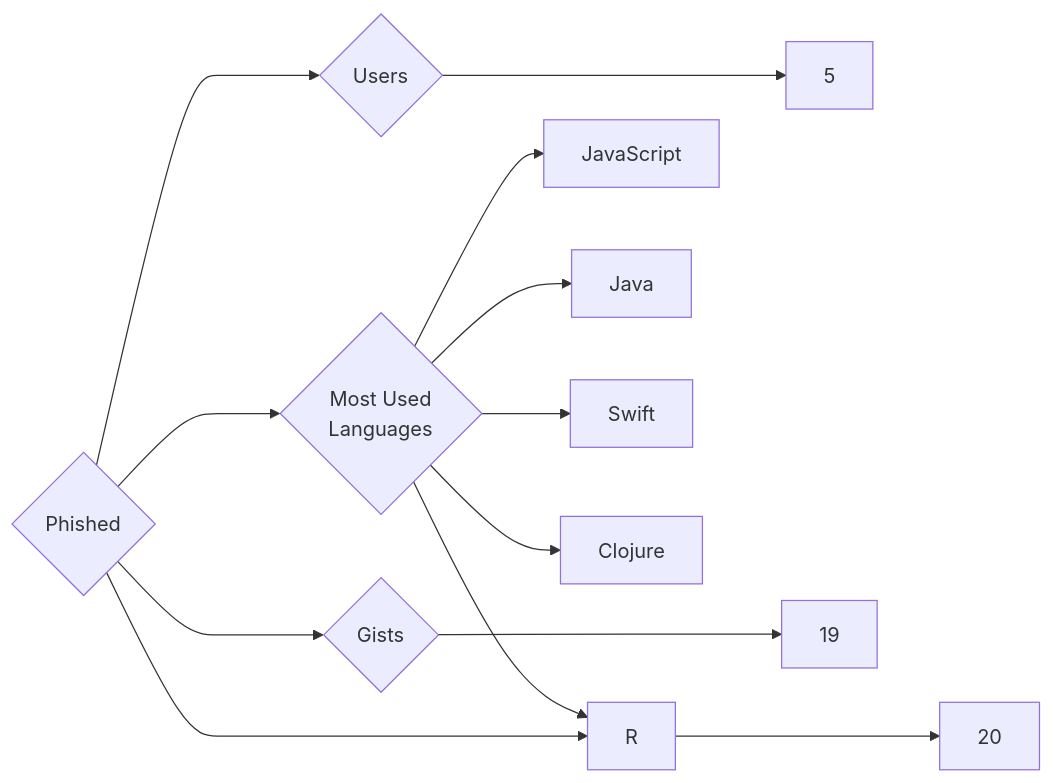
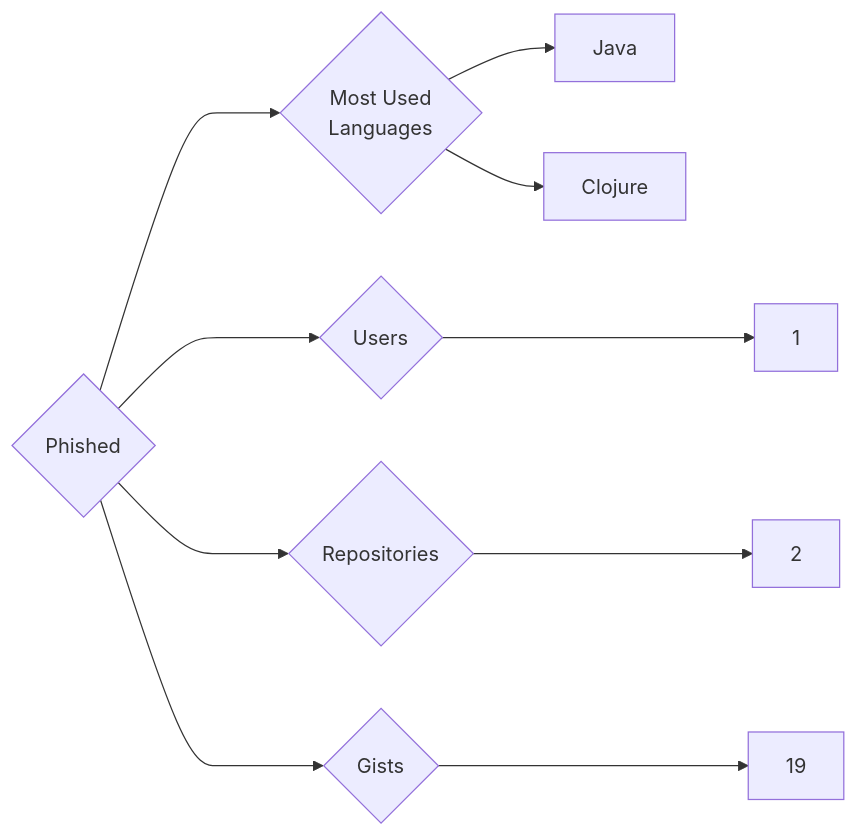
Before and after one commit to trickest/insiders: the diagram in targets/Phished/README.md, drawn with Mermaid. The commit also changed 970 other files, not shown here.

````diff
--- a/targets/Phished/README.md
+++ b/targets/Phished/README.md
@@ -3,13 +3,10 @@
 ```mermaid
 graph LR
 COMPANY_NAME{Phished}
-COMPANY_NAME ---> U{Users} ---> UN[5]
-COMPANY_NAME ---> R{Repositories} ---> RN[20]
+COMPANY_NAME ---> U{Users} ---> UN[1]
+COMPANY_NAME ---> R{Repositories} ---> RN[2]
 COMPANY_NAME ---> G{Gists} ---> GN[19]
 COMPANY_NAME ---> ML{Most Used<br>Languages}
-ML --> JavaScript[JavaScript]
-ML --> R[R]
 ML --> Java[Java]
-ML --> Swift[Swift]
 ML --> Clojure[Clojure]
 ```
````
